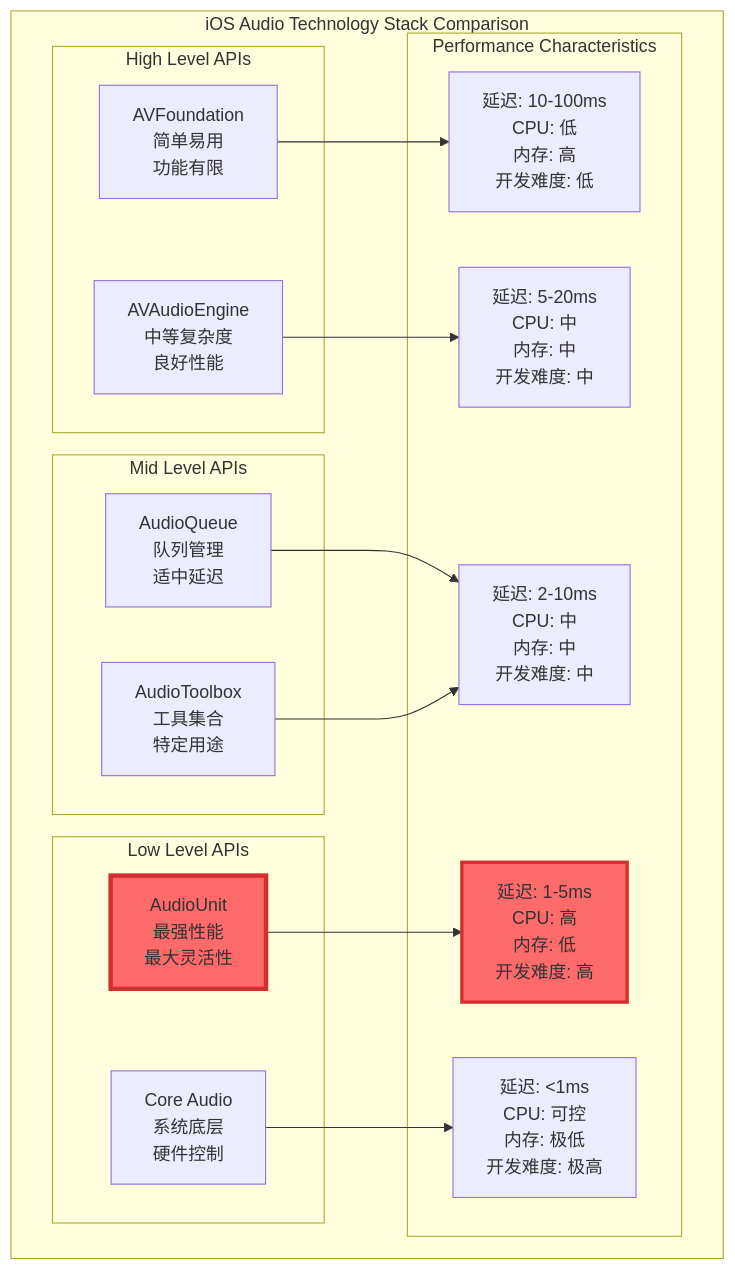
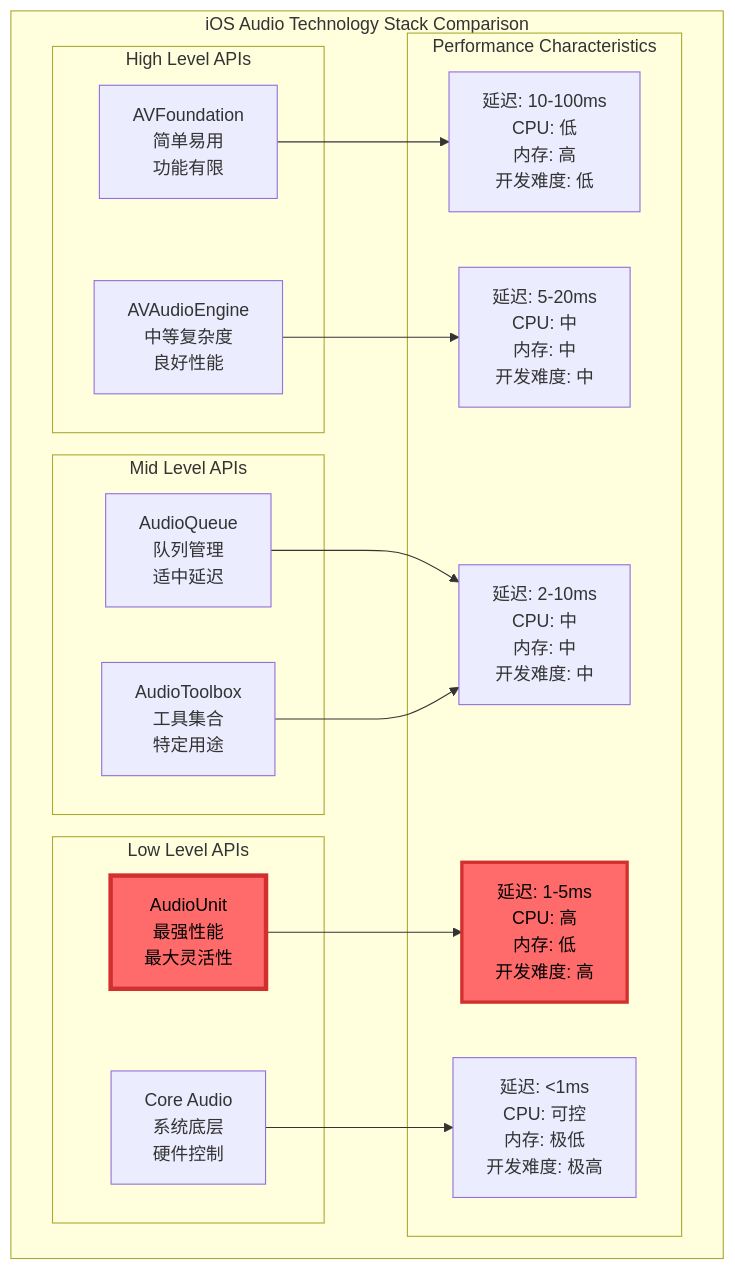
Before and after one commit to Dtheme/ohmy408: the seventh of 9 diagrams in ohmy408/datas.bundle/音频开发/1.3 AudioUnit技术技术原理和使用.md, drawn with Mermaid. The commit also changed other lines of this file and 7 other files, not shown here.

````diff
--- a/ohmy408/datas.bundle/音频开发/1.3 AudioUnit技术技术原理和使用.md
+++ b/ohmy408/datas.bundle/音频开发/1.3 AudioUnit技术技术原理和使用.md
@@ -2888,37 +2888,37 @@
 ```mermaid
 graph TB
     subgraph "iOS Audio Technology Stack Comparison"
         subgraph "High Level APIs"
             A[AVFoundation<br/>简单易用<br/>功能有限]
             B[AVAudioEngine<br/>中等复杂度<br/>良好性能]
         end
         
         subgraph "Mid Level APIs"
             C[AudioQueue<br/>队列管理<br/>适中延迟]
             D[AudioToolbox<br/>工具集合<br/>特定用途]
         end
         
         subgraph "Low Level APIs"
             E[AudioUnit<br/>最强性能<br/>最大灵活性]
             F[Core Audio<br/>系统底层<br/>硬件控制]
         end
         
         subgraph "Performance Characteristics"
             G[延迟: 10-100ms<br/>CPU: 低<br/>内存: 高<br/>开发难度: 低]
             H[延迟: 5-20ms<br/>CPU: 中<br/>内存: 中<br/>开发难度: 中]
             I[延迟: 2-10ms<br/>CPU: 中<br/>内存: 中<br/>开发难度: 中]
             J[延迟: 1-5ms<br/>CPU: 高<br/>内存: 低<br/>开发难度: 高]
             K[延迟: <1ms<br/>CPU: 可控<br/>内存: 极低<br/>开发难度: 极高]
         end
     end
     
     A --> G
     B --> H
     C --> I
     D --> I
     E --> J
     F --> K
     
-    style E fill:#ff6b6b,stroke:#d32f2f,stroke-width:4px
-    style J fill:#ff6b6b,stroke:#d32f2f,stroke-width:3px
+    style E fill:#ff6b6b,stroke:#d32f2f,stroke-width:4px,color:#000
+    style J fill:#ff6b6b,stroke:#d32f2f,stroke-width:3px,color:#000
 ```
````
